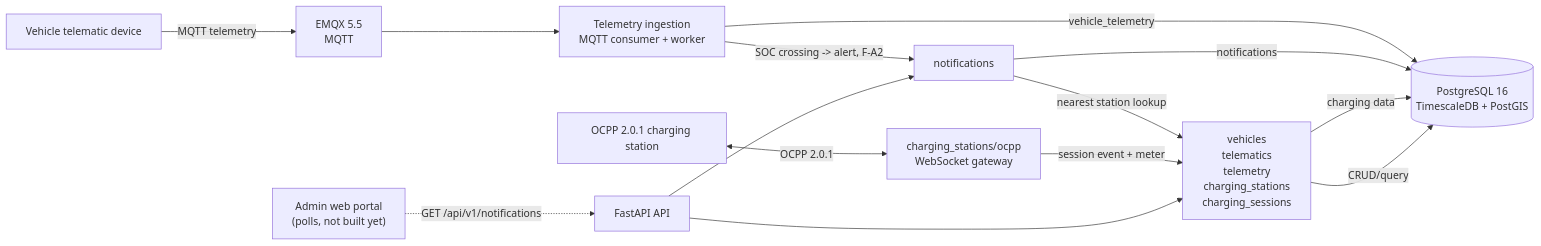
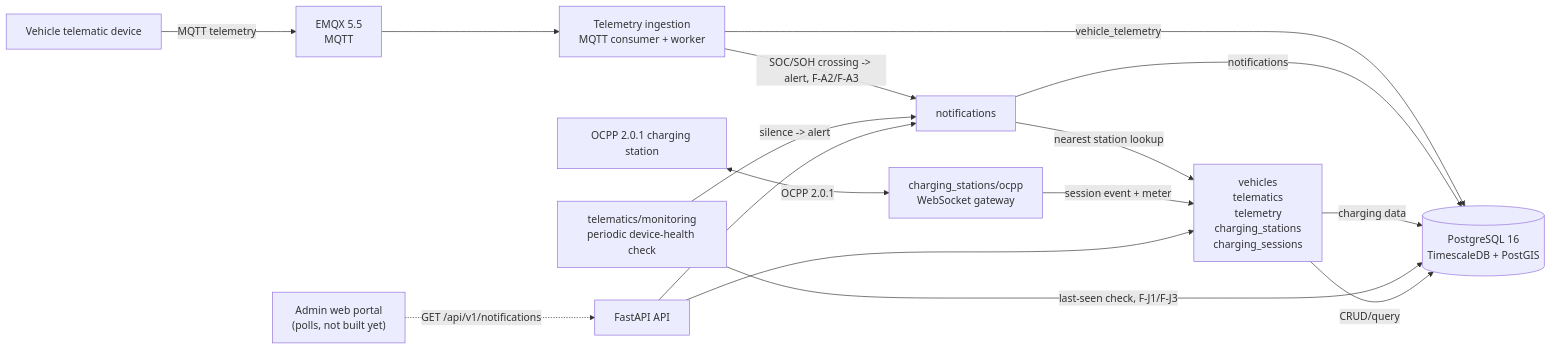
Before and after one commit to yolo-coccoc/G3Network-app: the diagram in docs/00-status/architecture.md, drawn with Mermaid. The commit also changed other lines of this file and 4 other files, not shown here.

````diff
--- a/docs/00-status/architecture.md
+++ b/docs/00-status/architecture.md
@@ -8,29 +8,33 @@
 ```mermaid
 flowchart LR
     Vehicle["Vehicle telematic device"]
     Station["OCPP 2.0.1 charging station"]
     Broker["EMQX 5.5\nMQTT"]
     Ingestion["Telemetry ingestion\nMQTT consumer + worker"]
     OCPP["charging_stations/ocpp\nWebSocket gateway"]
+    Monitor["telematics/monitoring\nperiodic device-health check"]
     API["FastAPI API"]
     Domains["vehicles\ntelematics\ntelemetry\ncharging_stations\ncharging_sessions"]
     Notifications["notifications"]
     DB[("PostgreSQL 16\nTimescaleDB + PostGIS")]
     Portal["Admin web portal\n(polls, not built yet)"]
 
     Vehicle -->|MQTT telemetry| Broker
     Broker --> Ingestion
     Ingestion -->|vehicle_telemetry| DB
-    Ingestion -->|SOC crossing -> alert, F-A2| Notifications
+    Ingestion -->|SOC/SOH crossing -> alert, F-A2/F-A3| Notifications
     Notifications -->|nearest station lookup| Domains
     Notifications -->|notifications| DB
 
     Station <-->|OCPP 2.0.1| OCPP
     OCPP -->|session event + meter| Domains
     Domains -->|charging data| DB
 
+    Monitor -->|last-seen check, F-J1/F-J3| DB
+    Monitor -->|silence -> alert| Notifications
+
     API --> Domains
     API --> Notifications
     Domains -->|CRUD/query| DB
     Portal -.->|GET /api/v1/notifications| API
 ```
````
